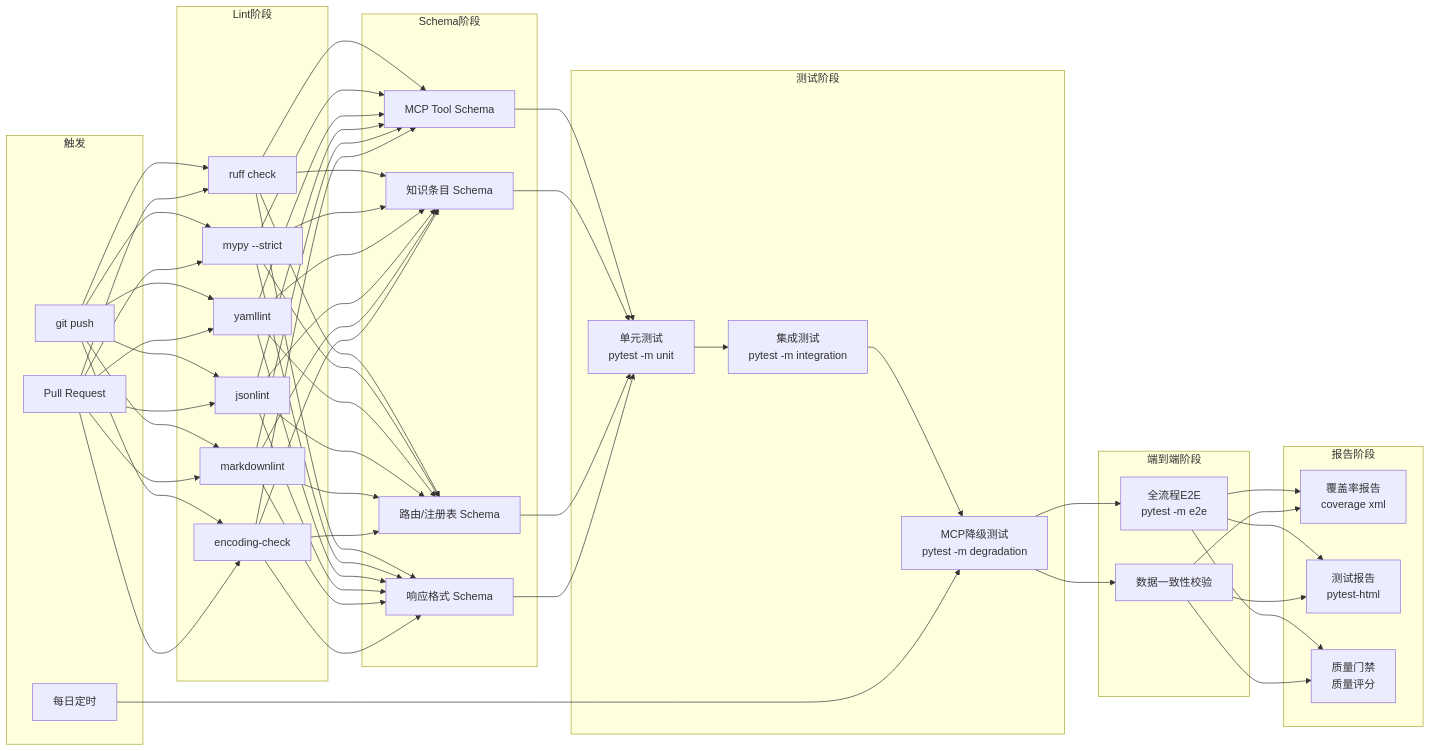
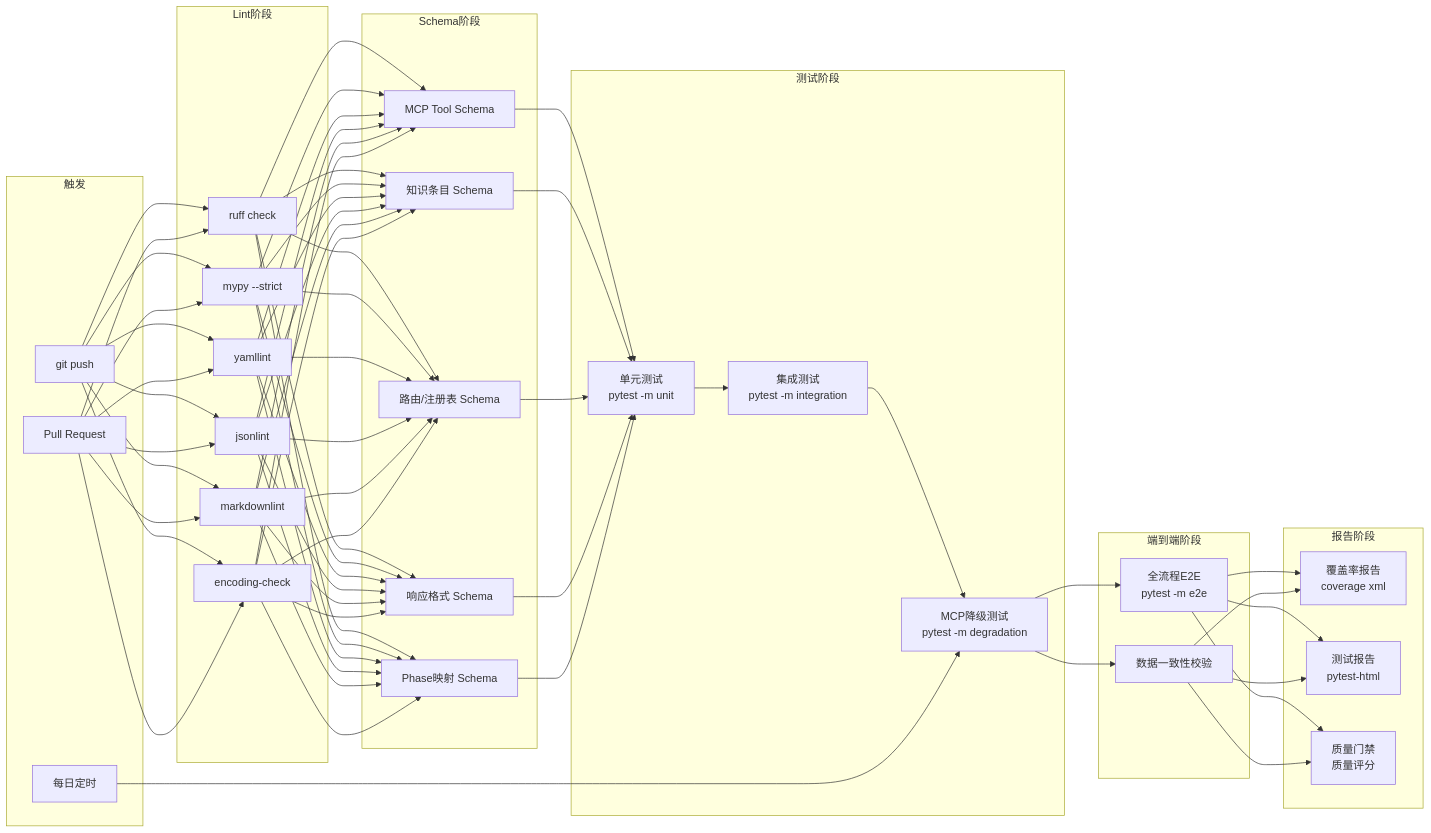
One commit to xuanyuanchumo/xuansto changed the tenth of 10 diagrams in docs/plan/REFACTOR_PLAN.md. Above: the diagram before and after it, drawn with Mermaid. The commit also changed other lines of this file and 8 other files, not shown here.

````diff
--- a/docs/plan/REFACTOR_PLAN.md
+++ b/docs/plan/REFACTOR_PLAN.md
@@ -960,51 +1018,52 @@
 ```mermaid
 graph LR
     subgraph 触发
         PUSH["git push"]
         PR["Pull Request"]
         SCHEDULE["每日定时"]
     end
 
     subgraph Lint阶段
         L1["ruff check"]
         L2["mypy --strict"]
         L3["yamllint"]
         L4["jsonlint"]
         L5["markdownlint"]
         L6["encoding-check"]
     end
 
     subgraph Schema阶段
         S1["MCP Tool Schema"]
         S2["知识条目 Schema"]
         S3["路由/注册表 Schema"]
         S4["响应格式 Schema"]
+        S5["Phase映射 Schema"]
     end
 
     subgraph 测试阶段
         T1["单元测试<br/>pytest -m unit"]
         T2["集成测试<br/>pytest -m integration"]
         T3["MCP降级测试<br/>pytest -m degradation"]
     end
 
     subgraph 端到端阶段
         E1["全流程E2E<br/>pytest -m e2e"]
         E2["数据一致性校验"]
     end
 
     subgraph 报告阶段
         R1["覆盖率报告<br/>coverage xml"]
         R2["测试报告<br/>pytest-html"]
         R3["质量门禁<br/>质量评分"]
     end
 
     PUSH --> L1 & L2 & L3 & L4 & L5 & L6
     PR --> L1 & L2 & L3 & L4 & L5 & L6
-    L1 & L2 & L3 & L4 & L5 & L6 --> S1 & S2 & S3 & S4
-    S1 & S2 & S3 & S4 --> T1
+    L1 & L2 & L3 & L4 & L5 & L6 --> S1 & S2 & S3 & S4 & S5
+    S1 & S2 & S3 & S4 & S5 --> T1
     T1 --> T2
     T2 --> T3
     SCHEDULE --> T3
     T3 --> E1 & E2
     E1 & E2 --> R1 & R2 & R3
 ```
````
